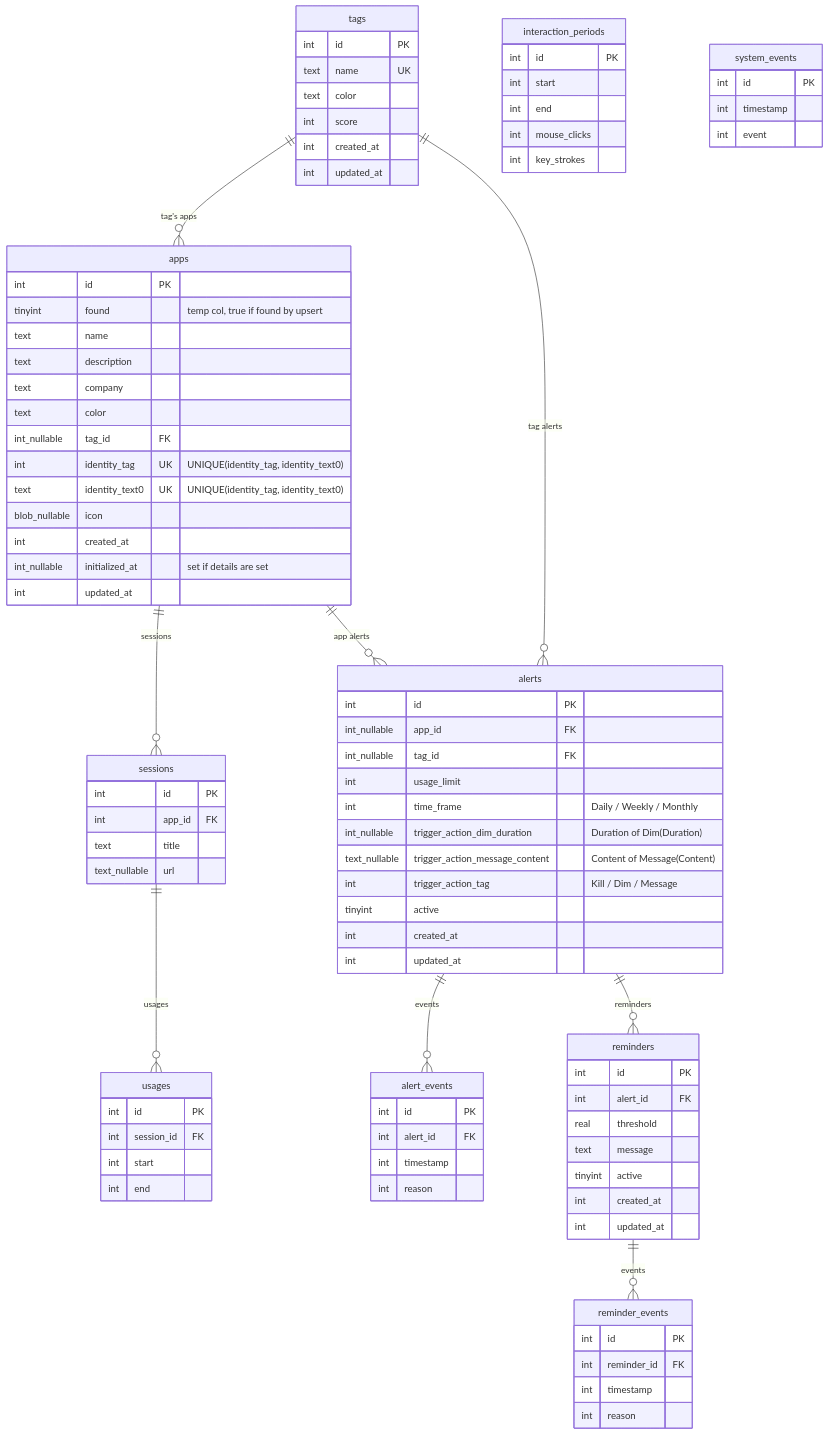
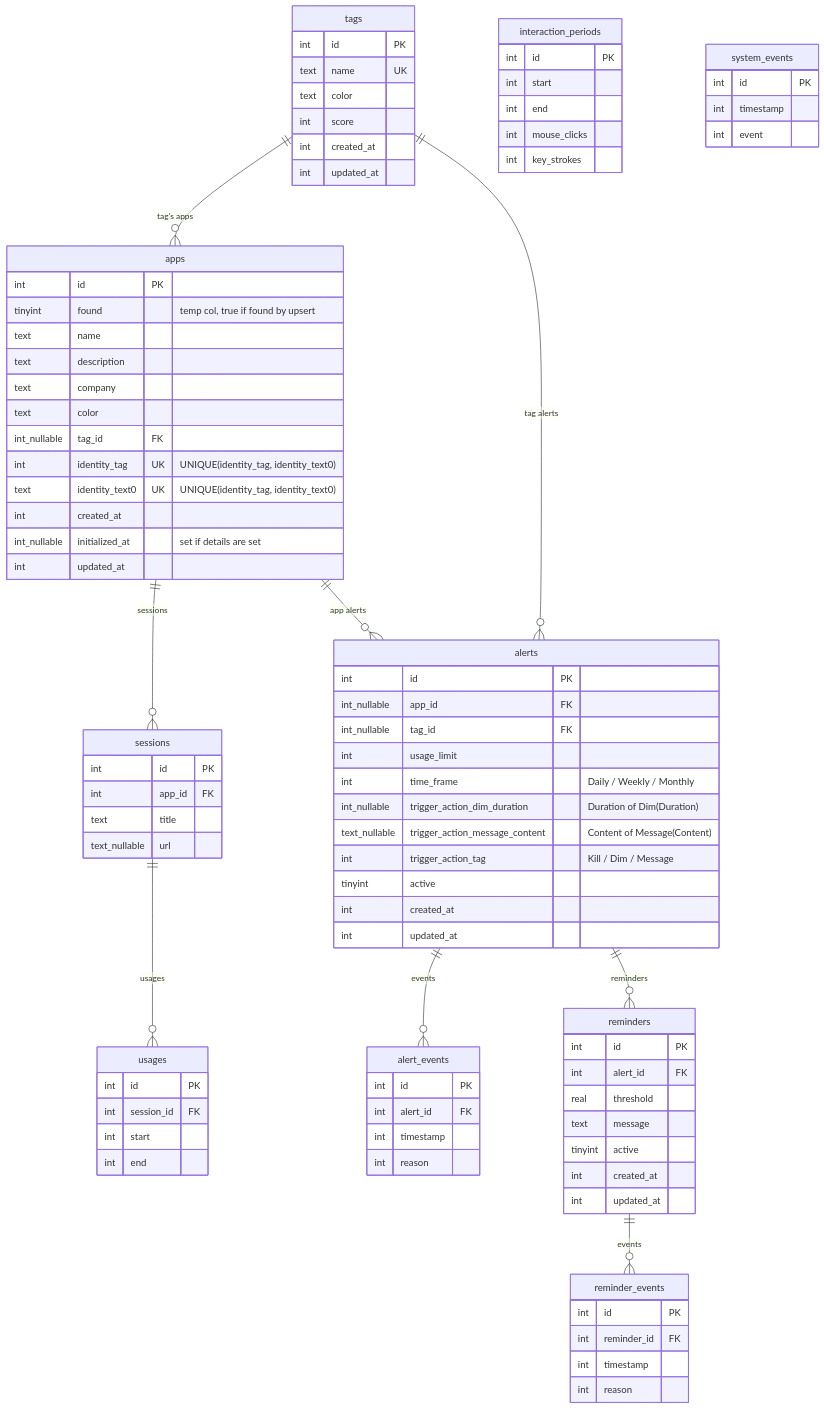
One commit to Enigmatrix/Cobalt changed the second of 2 diagrams in docs/ARCHITECTURE.md. Above: the diagram before and after it, drawn with Mermaid. The commit also changed other lines of this file and 1 other file, not shown here.

```diff
--- a/docs/ARCHITECTURE.md
+++ b/docs/ARCHITECTURE.md
@@ -144,7 +144,6 @@
         int_nullable    tag_id FK
         int             identity_tag     UK "UNIQUE(identity_tag, identity_text0)"
         text            identity_text0   UK "UNIQUE(identity_tag, identity_text0)"
-        blob_nullable   icon
         int             created_at
         int_nullable    initialized_at "set if details are set"
         int             updated_at
```
